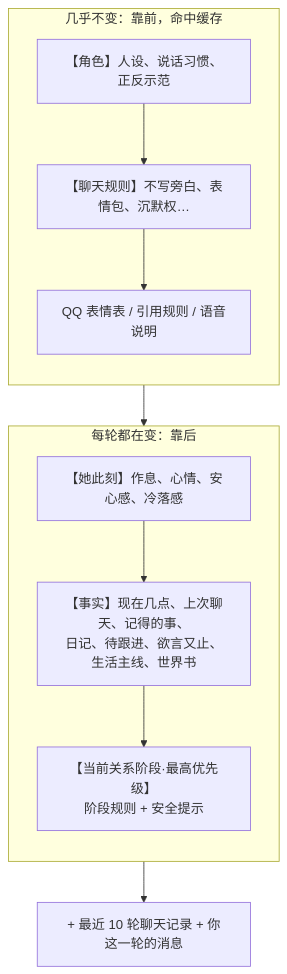
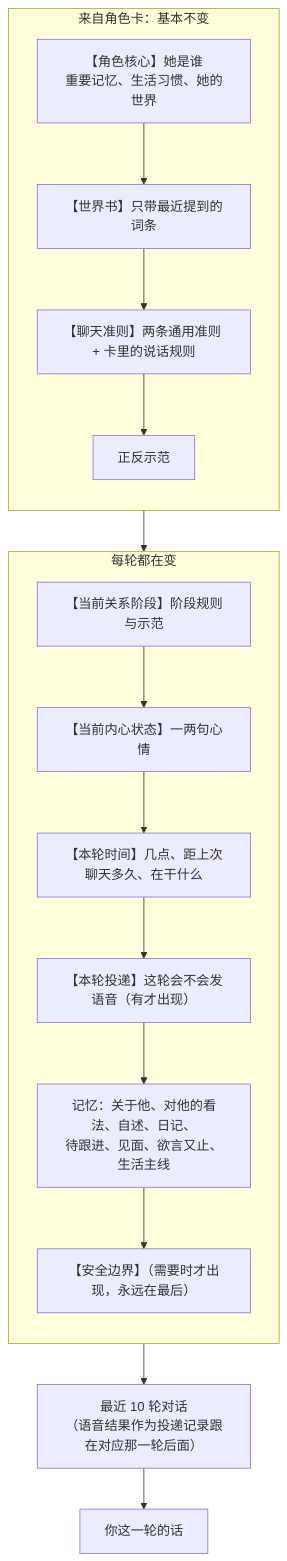
One commit to xinghefumeng0717/qq-companion-bot changed the fourth of 10 diagrams in docs/ARCHITECTURE.md. Above: the diagram before and after it, drawn with Mermaid. The commit also changed other lines of this file and 11 other files, not shown here.

````diff
--- a/docs/ARCHITECTURE.md
+++ b/docs/ARCHITECTURE.md
@@ -149,19 +146,24 @@
 ```mermaid
 flowchart TD
-    subgraph S["几乎不变：靠前，命中缓存"]
+    subgraph S["来自角色卡：基本不变"]
         direction TB
-        R1["【角色】人设、说话习惯、正反示范"]
-        R2["【聊天规则】不写旁白、表情包、沉默权…"]
-        R3["QQ 表情表 / 引用规则 / 语音说明"]
-        R1 --> R2 --> R3
+        R1["【角色核心】她是谁<br/>重要记忆、生活习惯、她的世界"]
+        R2["【世界书】只带最近提到的词条"]
+        R3["【聊天准则】两条通用准则 + 卡里的说话规则"]
+        R4["正反示范"]
+        R1 --> R2 --> R3 --> R4
     end
-    subgraph V["每轮都在变：靠后"]
+    subgraph V["每轮都在变"]
         direction TB
-        R4["【她此刻】作息、心情、安心感、冷落感"]
-        R5["【事实】现在几点、上次聊天、记得的事、<br/>日记、待跟进、欲言又止、生活主线、世界书"]
-        R6["【当前关系阶段·最高优先级】<br/>阶段规则 + 安全提示"]
-        R4 --> R5 --> R6
+        R5["【当前关系阶段】阶段规则与示范"]
+        R6["【当前内心状态】一两句心情"]
+        R7["【本轮时间】几点、距上次聊天多久、在干什么"]
+        R8["【本轮投递】这轮会不会发语音（有才出现）"]
+        R9["记忆：关于他、对他的看法、自述、日记、<br/>待跟进、见面、欲言又止、生活主线"]
+        R10["【安全边界】（需要时才出现，永远在最后）"]
+        R5 --> R6 --> R7 --> R8 --> R9 --> R10
     end
     S --> V
-    V --> M["+ 最近 10 轮聊天记录 + 你这一轮的消息"]
+    V --> M["最近 10 轮对话<br/>（语音结果作为投递记录跟在对应那一轮后面）"]
+    M --> N["你这一轮的话"]
 ```
````
